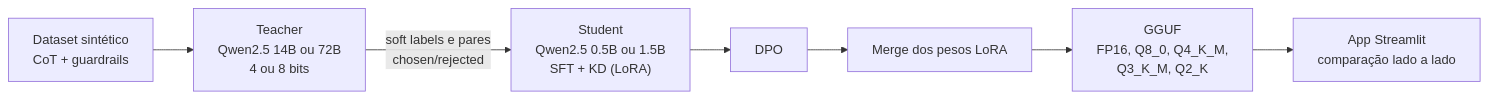
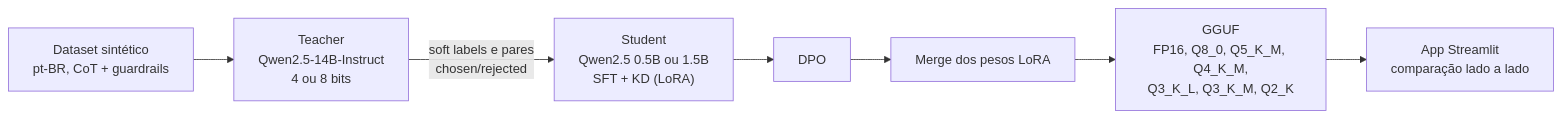
Before and after one commit to fabyosr/prj_final_puc_rj_gen_ai_llm_master: the diagram in README.md, drawn with Mermaid. The commit also changed other lines of this file, not shown here.

````diff
--- a/README.md
+++ b/README.md
@@ -63,9 +65,9 @@
 ```mermaid
 flowchart LR
-    A["Dataset sintético<br/>CoT + guardrails"] --> B["Teacher<br/>Qwen2.5 14B ou 72B<br/>4 ou 8 bits"]
+    A["Dataset sintético<br/>pt-BR, CoT + guardrails"] --> B["Teacher<br/>Qwen2.5-14B-Instruct<br/>4 ou 8 bits"]
     B -->|"soft labels e pares<br/>chosen/rejected"| C["Student<br/>Qwen2.5 0.5B ou 1.5B<br/>SFT + KD (LoRA)"]
     C --> D["DPO"]
     D --> E["Merge dos pesos LoRA"]
-    E --> F["GGUF<br/>FP16, Q8_0, Q4_K_M,<br/>Q3_K_M, Q2_K"]
+    E --> F["GGUF<br/>FP16, Q8_0, Q5_K_M, Q4_K_M,<br/>Q3_K_L, Q3_K_M, Q2_K"]
     F --> G["App Streamlit<br/>comparação lado a lado"]
 ```
````
